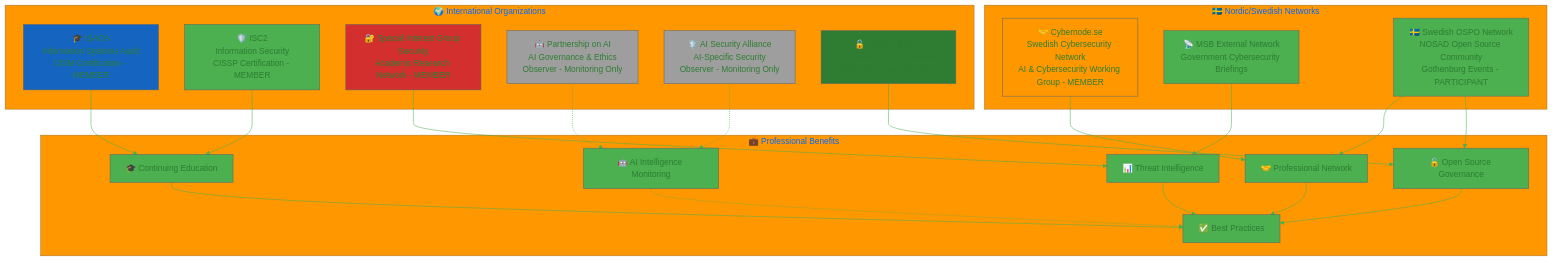
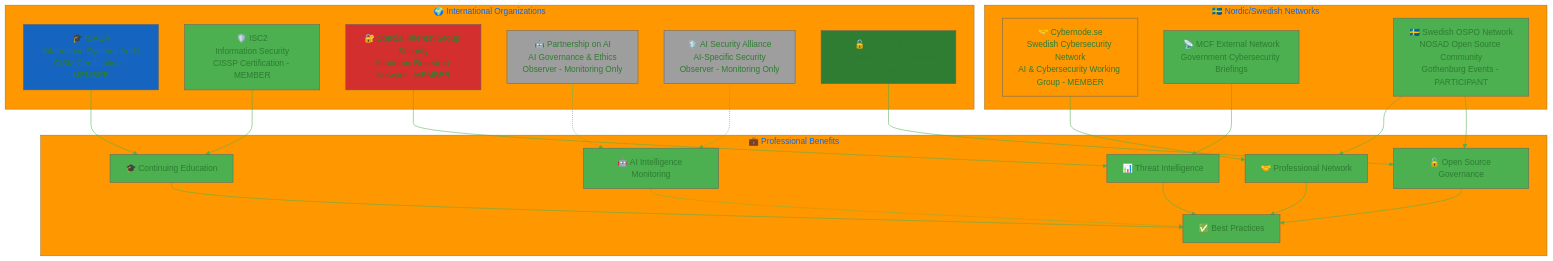
Before and after one commit to Hack23/ISMS-PUBLIC: the second of 4 diagrams in External_Stakeholder_Registry.md, drawn with Mermaid. The commit also changed other lines of this file and 35 other files, not shown here.

````diff
--- a/External_Stakeholder_Registry.md
+++ b/External_Stakeholder_Registry.md
@@ -333,64 +333,64 @@
 ```mermaid
 %%{
   init: {
     'theme': 'base',
     'themeVariables': {
       'primaryColor': '#4CAF50',
       'primaryTextColor': '#2e7d32',
       'lineColor': '#4CAF50',
       'secondaryColor': '#1565C0',
       'tertiaryColor': '#FF9800'
     }
   }
 }%%
 graph TD
     subgraph INTL["🌍 International Organizations"]
         ISACA[🎓 ISACA<br/>Information Systems Audit<br/>CISM Certification - MEMBER]
         ISC2[🛡️ ISC2<br/>Information Security<br/>CISSP Certification - MEMBER]
         SIGSEC[🔐 Special Interest Group Security<br/>Academic Research Network - MEMBER]
         PAI[🤖 Partnership on AI<br/>AI Governance & Ethics<br/>Observer - Monitoring Only]
         AI_SEC[🛡️ AI Security Alliance<br/>AI-Specific Security<br/>Observer - Monitoring Only]
         OSPO_ALLIANCE[🔓 OSPO Alliance<br/>European OSPO Network<br/>OSPO OnRamp - MEMBER]
     end
     
     subgraph NORDIC["🇸🇪 Nordic/Swedish Networks"]
         CYBERNODE[🤝 Cybernode.se<br/>Swedish Cybersecurity Network<br/>AI & Cybersecurity Working Group - MEMBER]
-        MSB_NET[📡 MSB External Network<br/>Government Cybersecurity Briefings]
+        MCF_NET[📡 MCF External Network<br/>Government Cybersecurity Briefings]
         NOSAD[🇸🇪 Swedish OSPO Network<br/>NOSAD Open Source Community<br/>Gothenburg Events - PARTICIPANT]
     end
     
     subgraph BENEFITS["💼 Professional Benefits"]
         EDUCATION[🎓 Continuing Education]
         NETWORKING[🤝 Professional Network]
         INTELLIGENCE[📊 Threat Intelligence]
         COMPLIANCE[✅ Best Practices]
         AI_MONITORING[🤖 AI Intelligence Monitoring]
         OSPO_KNOWLEDGE[🔓 Open Source Governance]
     end
     
     ISACA --> EDUCATION
     ISC2 --> EDUCATION
     SIGSEC --> INTELLIGENCE
     CYBERNODE --> NETWORKING
-    MSB_NET --> INTELLIGENCE
+    MCF_NET --> INTELLIGENCE
     PAI -.-> AI_MONITORING
     AI_SEC -.-> AI_MONITORING
     OSPO_ALLIANCE --> OSPO_KNOWLEDGE
     NOSAD --> NETWORKING
     NOSAD --> OSPO_KNOWLEDGE
     
     EDUCATION --> COMPLIANCE
     NETWORKING --> COMPLIANCE
     INTELLIGENCE --> COMPLIANCE
     AI_MONITORING -.-> COMPLIANCE
     OSPO_KNOWLEDGE --> COMPLIANCE
     
     style ISACA fill:#1565C0
     style ISC2 fill:#4CAF50
     style CYBERNODE fill:#FF9800
     style SIGSEC fill:#D32F2F
     style PAI fill:#9E9E9E
     style AI_SEC fill:#9E9E9E
     style OSPO_ALLIANCE fill:#2E7D32
     style NOSAD fill:#4CAF50
 ```
````
